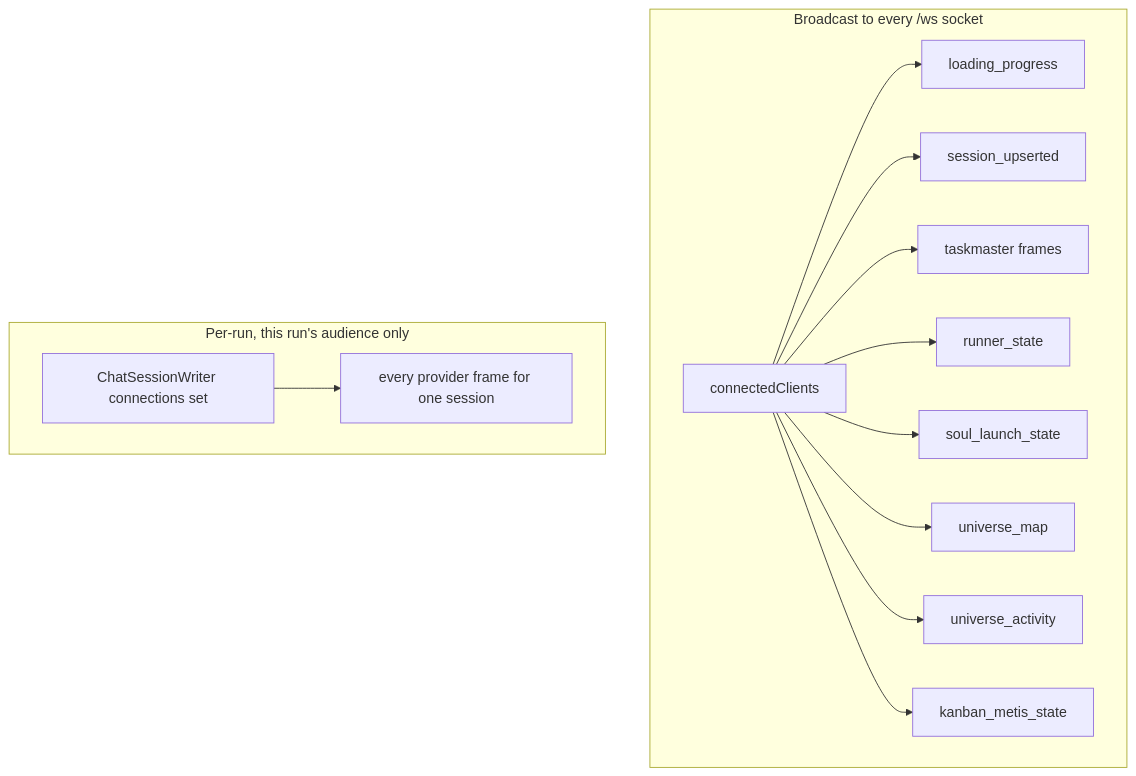
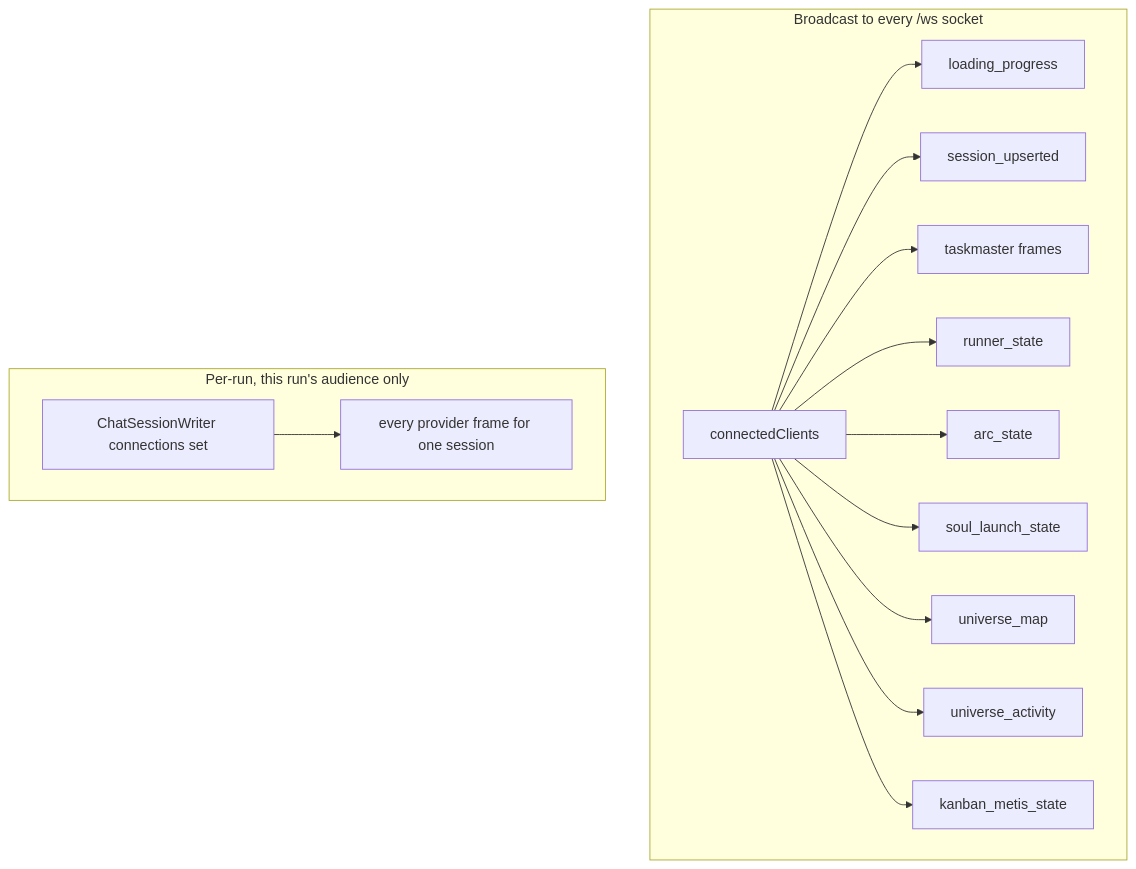
The fifth of 5 diagrams in docs/architecture/01-websocket-transport.md (ScottDeJesus/claudecodeui_lyphe), drawn with Mermaid before and after one commit. The commit also changed other lines of this file and 263 other files, not shown here.

````diff
--- a/docs/architecture/01-websocket-transport.md
+++ b/docs/architecture/01-websocket-transport.md
@@ -583,18 +587,19 @@
 ```mermaid
 flowchart TD
   subgraph Broadcast["Broadcast to every /ws socket"]
     SET["connectedClients"]
     SET --> E1["loading_progress"]
     SET --> E2["session_upserted"]
     SET --> E3["taskmaster frames"]
     SET --> E4["runner_state"]
+    SET --> E10["arc_state"]
     SET --> E6["soul_launch_state"]
     SET --> E7["universe_map"]
     SET --> E8["universe_activity"]
     SET --> E9["kanban_metis_state"]
   end
   subgraph PerRun["Per-run, this run's audience only"]
     W["ChatSessionWriter connections set"]
     W --> E5["every provider frame for one session"]
   end
 ```
````
